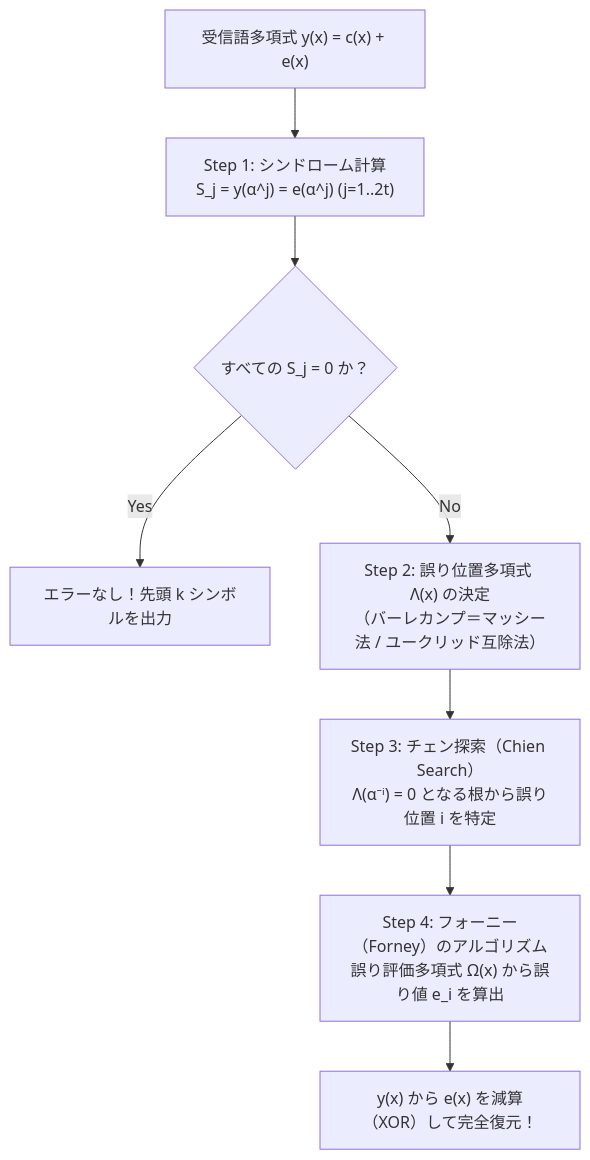
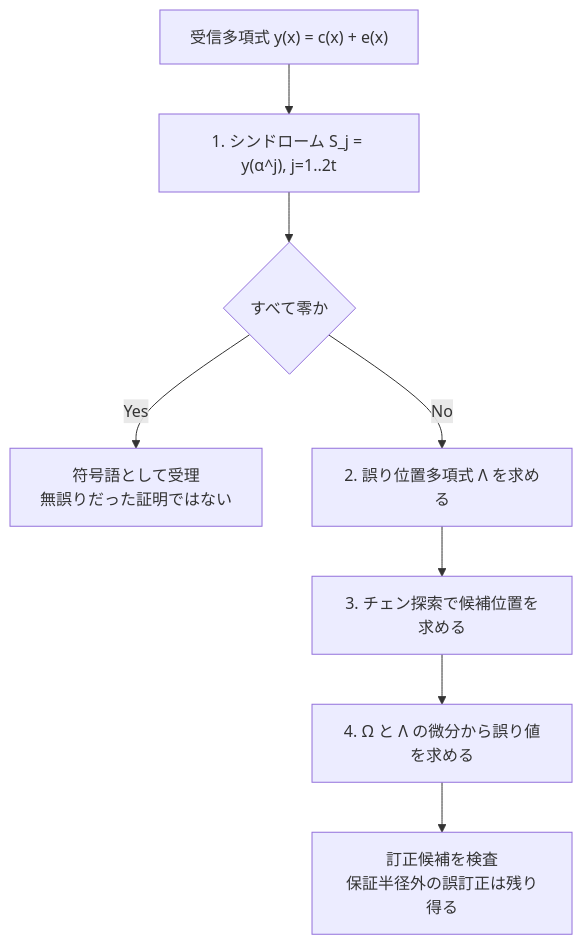
One commit to kenjinote/blog changed the second of 4 diagrams in content/post/error-correcting-codes-hamming-reed-solomon-ldpc-shannon-capacity-information-theory/index.ja.md. Above: the diagram before and after it, drawn with Mermaid. The commit also changed other lines of this file and 30 other files, not shown here.

````diff
--- a/content/post/error-correcting-codes-hamming-reed-solomon-ldpc-shannon-capacity-information-theory/index.ja.md
+++ b/content/post/error-correcting-codes-hamming-reed-solomon-ldpc-shannon-capacity-information-theory/index.ja.md
@@ -298,10 +487,10 @@
 ```mermaid
 flowchart TD
-    R["受信語多項式 y(x) = c(x) + e(x)"] --> S1["Step 1: シンドローム計算<br/>S_j = y(α^j) = e(α^j) (j=1..2t)"]
-    S1 --> Check{"すべての S_j = 0 か？"}
-    Check -- "Yes" --> Done["エラーなし！先頭 k シンボルを出力"]
-    Check -- "No" --> S2["Step 2: 誤り位置多項式 Λ(x) の決定<br/>（バーレカンプ＝マッシー法 / ユークリッド互除法）"]
-    S2 --> S3["Step 3: チェン探索（Chien Search）<br/>Λ(α⁻ⁱ) = 0 となる根から誤り位置 i を特定"]
-    S3 --> S4["Step 4: フォーニー（Forney）のアルゴリズム<br/>誤り評価多項式 Ω(x) から誤り値 e_i を算出"]
-    S4 --> Fix["y(x) から e(x) を減算（XOR）して完全復元！"]
+    R["受信多項式 y(x) = c(x) + e(x)"] --> S1["1. シンドローム S_j = y(α^j), j=1..2t"]
+    S1 --> Check{"すべて零か"}
+    Check -- "Yes" --> Done["符号語として受理<br/>無誤りだった証明ではない"]
+    Check -- "No" --> S2["2. 誤り位置多項式 Λ を求める"]
+    S2 --> S3["3. チェン探索で候補位置を求める"]
+    S3 --> S4["4. Ω と Λ の微分から誤り値を求める"]
+    S4 --> Fix["訂正候補を検査<br/>保証半径外の誤訂正は残り得る"]
 ```
````
